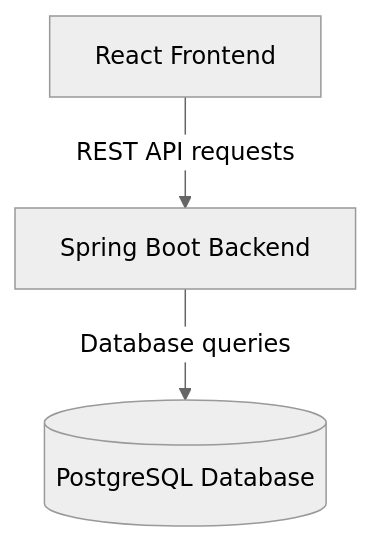
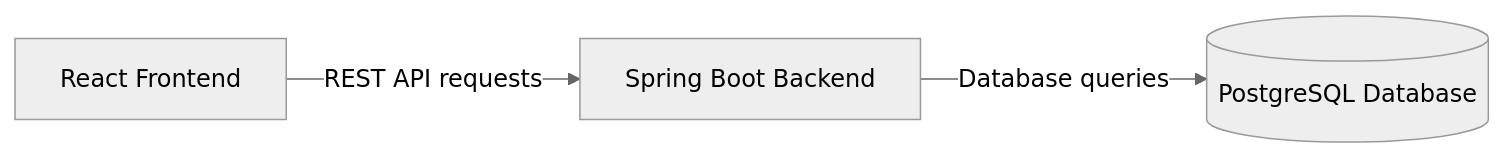
One commit to Kaltsoon/spring-boot-vite-example changed the diagram in README.md. Above: the diagram before and after it, drawn with Mermaid (neutral theme).

````diff
--- a/README.md
+++ b/README.md
@@ -12,8 +14,8 @@
 ```mermaid
-flowchart TB
+flowchart LR
     backend[Spring Boot Backend]
     database[(PostgreSQL Database)]
     frontend[React Frontend]
     backend-- Database queries -->database
     frontend-- REST API requests --> backend
 ```
````
